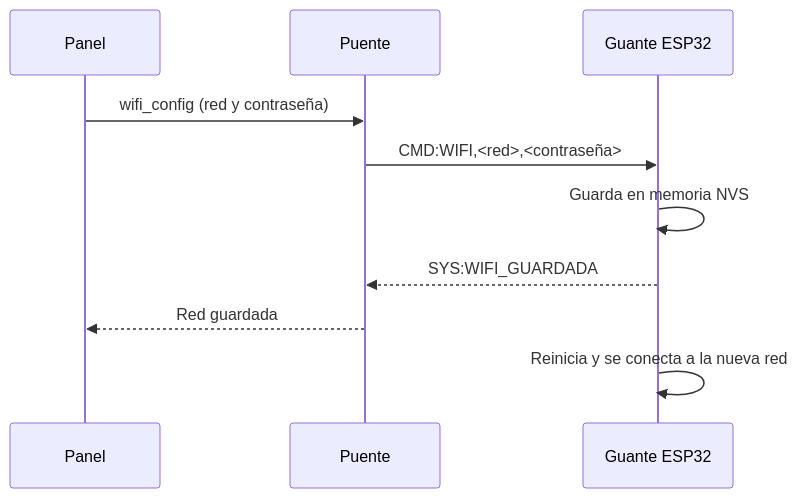
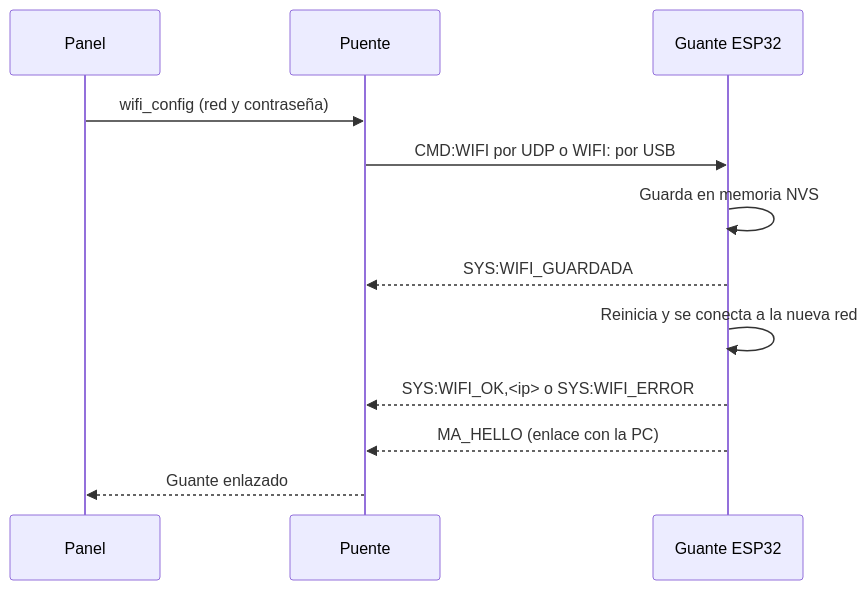
One commit to Atzelcer/Nexum_AI changed the fifth of 9 diagrams in README.md. Above: the diagram before and after it, drawn with Mermaid. The commit also changed other lines of this file and 8 other files, not shown here.

Commit message:
WiFi del guante: deteccion de la red de la PC, sugerencia 2.4 GHz y envio automatico por WiFi o USB

````diff
--- a/README.md
+++ b/README.md
@@ -378,12 +391,14 @@
 ```mermaid
 sequenceDiagram
     participant P as Panel
     participant B as Puente
     participant G as Guante ESP32
     P->>B: wifi_config (red y contraseña)
-    B->>G: CMD:WIFI,<red>,<contraseña>
+    B->>G: CMD:WIFI por UDP o WIFI: por USB
     G->>G: Guarda en memoria NVS
     G-->>B: SYS:WIFI_GUARDADA
-    B-->>P: Red guardada
     G->>G: Reinicia y se conecta a la nueva red
+    G-->>B: SYS:WIFI_OK,<ip> o SYS:WIFI_ERROR
+    G-->>B: MA_HELLO (enlace con la PC)
+    B-->>P: Guante enlazado
 ```
````
